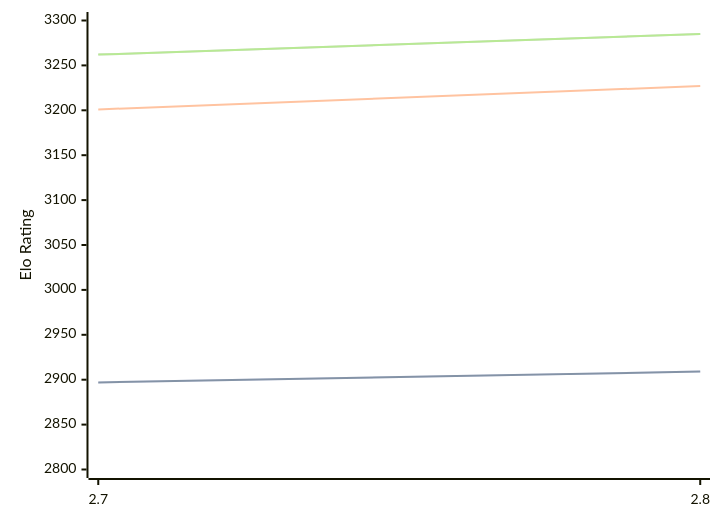
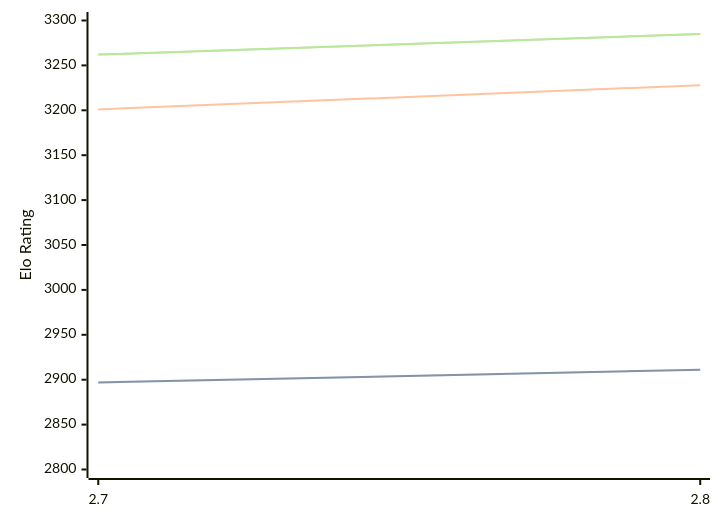
The diagram in engines/Arcanum.md (computer-chess-index/cci), drawn with Mermaid before and after one commit. The commit also changed other lines of this file, not shown here.

````diff
--- a/engines/Arcanum.md
+++ b/engines/Arcanum.md
@@ -32,11 +32,11 @@
 ```mermaid
 %%{init: {"theme":"base","themeVariables":{"seriesColors:['#a3a3a3','#222221','#faa371']}}}%%
 xychart-beta
   x-axis ["2.7", "2.8"]
   y-axis "Elo Rating" 2800 --> 3300
-  line "STC (8.0+0.08s)" [2897, 2909]
-  line "STC (8.0+0.08s)" [2897, 2909]
-  line "LTC (60.0+0.60s)" [3201, 3227]
+  line "STC (8.0+0.08s)" [2897, 2911]
+  line "STC (8.0+0.08s)" [2897, 2911]
+  line "LTC (60.0+0.60s)" [3201, 3228]
   line "VLTC (2m24s+1.12s)" [3262, 3285]
   line "VLTC (2m24s+1.12s)" [3262, 3285]
 ```
````
